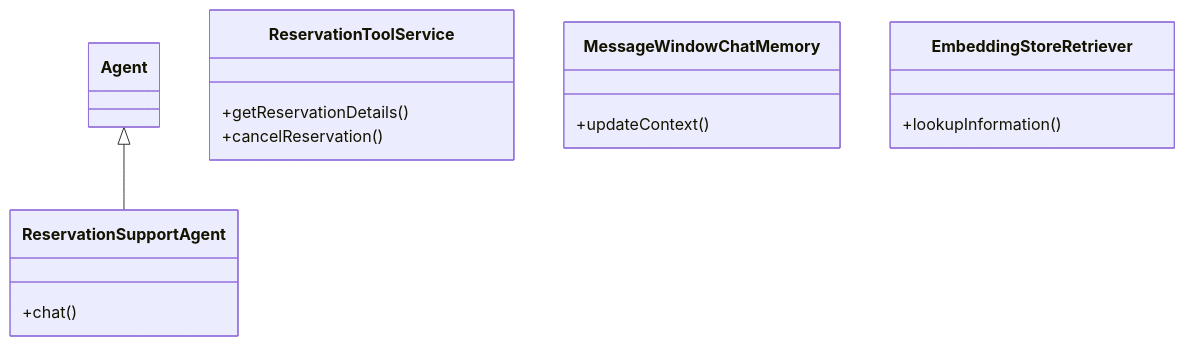
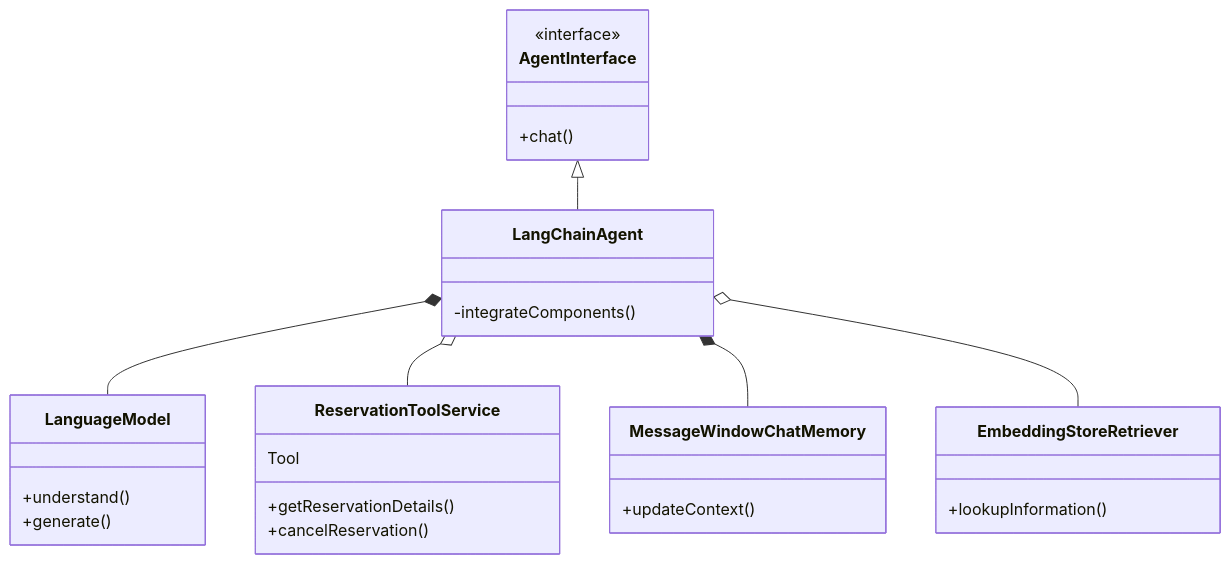
Before and after one commit to mgorav/ConversationalAIAssistant: the fourth of 5 diagrams in readme.md, drawn with Mermaid. The commit also changed other lines of this file, not shown here.

````diff
--- a/readme.md
+++ b/readme.md
@@ -247,19 +275,37 @@
 ```mermaid
 classDiagram
 
-    Agent <|-- ReservationSupportAgent
-    ReservationSupportAgent : +chat()
+    class AgentInterface {
+        <<interface>>
+        +chat()
+    }
+
+    class LangChainAgent {
+        -integrateComponents()
+    }
+
+    class LanguageModel {
+        +understand()
+        +generate()
+    }
 
     class ReservationToolService {
         +getReservationDetails()
         +cancelReservation()
     }
+    ReservationToolService : Tool
 
     class MessageWindowChatMemory {
         +updateContext()
     }
 
     class EmbeddingStoreRetriever {
         +lookupInformation()
     }
+
+    AgentInterface <|-- LangChainAgent
+    LangChainAgent *-- LanguageModel
+    LangChainAgent o-- ReservationToolService
+    LangChainAgent *-- MessageWindowChatMemory
+    LangChainAgent o-- EmbeddingStoreRetriever
 ```
````
